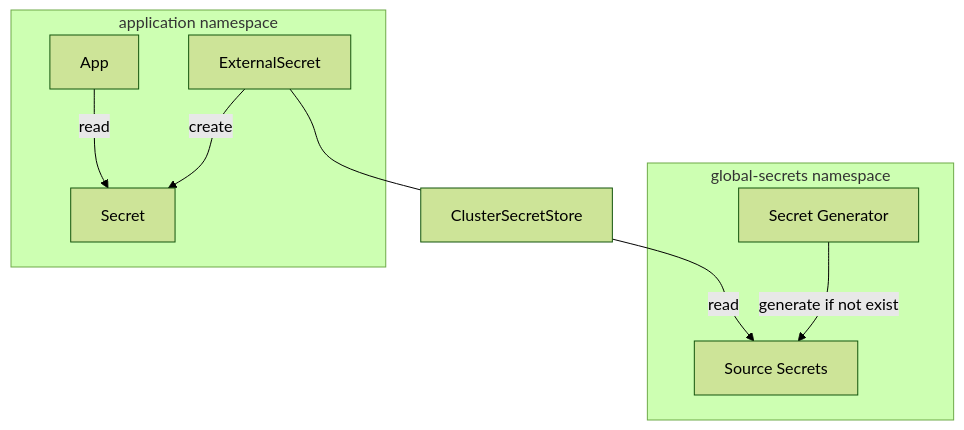
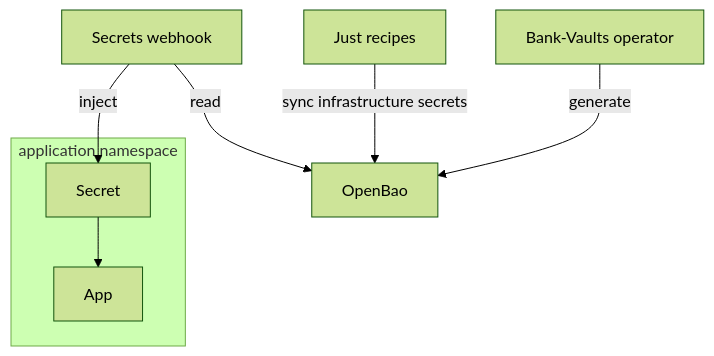
Before and after one commit to khuedoan/homelab: the diagram in docs/concepts/secrets-management.md, drawn with Mermaid (forest theme). The commit also changed other lines of this file, not shown here.

Commit message:
docs: update secrets management overview

````diff
--- a/docs/concepts/secrets-management.md
+++ b/docs/concepts/secrets-management.md
@@ -17,14 +9,12 @@
 ```mermaid
 flowchart TD
-  subgraph global-secrets-namespace[global-secrets namespace]
-    secret-generator[Secret Generator] -- generate if not exist --> source-secrets[Source Secrets]
+  operator[Bank-Vaults operator] -- generate --> OpenBao
+  setup[Just recipes] -- sync infrastructure secrets --> OpenBao
+  webhook[Secrets webhook] -- read --> OpenBao
+
+  subgraph app-namespace[application namespace]
+    Secret --> App
   end
 
-  subgraph app-namespace[application namespace]
-    ExternalSecret -- create --> Secret
-    App -- read --> Secret
-  end
-
-  ClusterSecretStore -- read --> source-secrets
-  ExternalSecret --- ClusterSecretStore
+  webhook -- inject --> Secret
 ```
````
